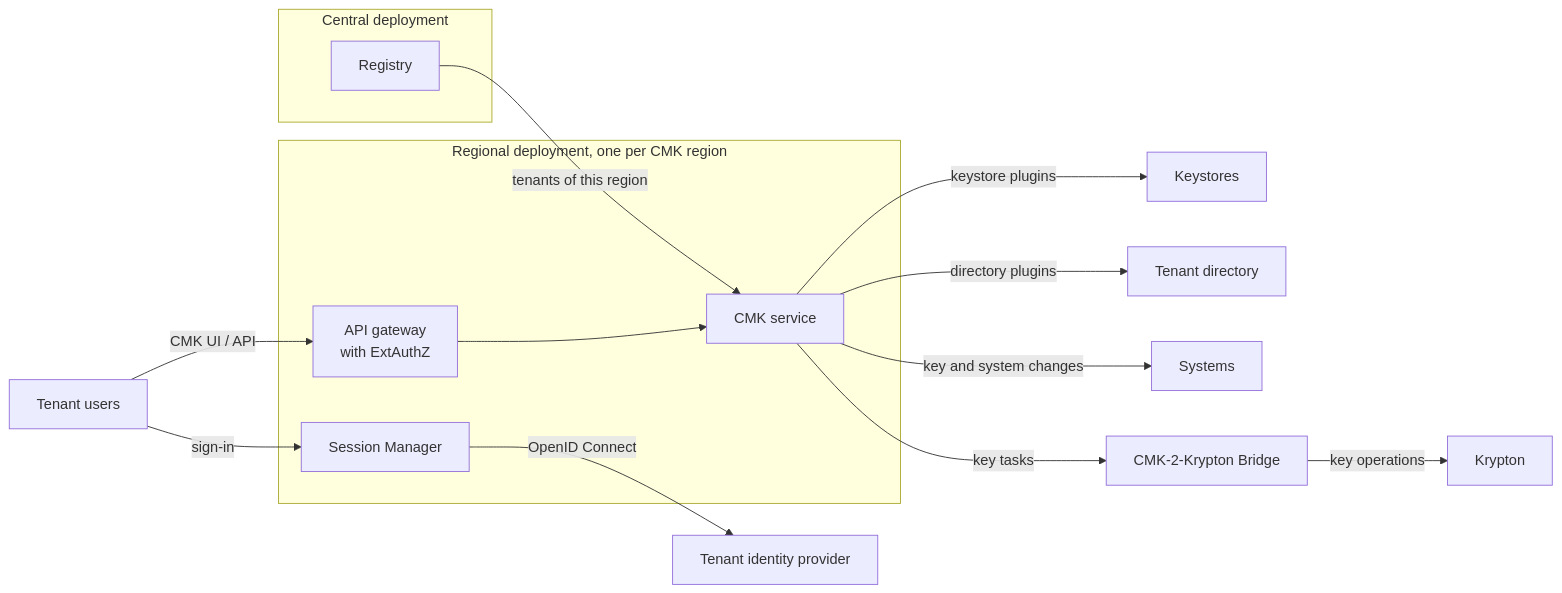
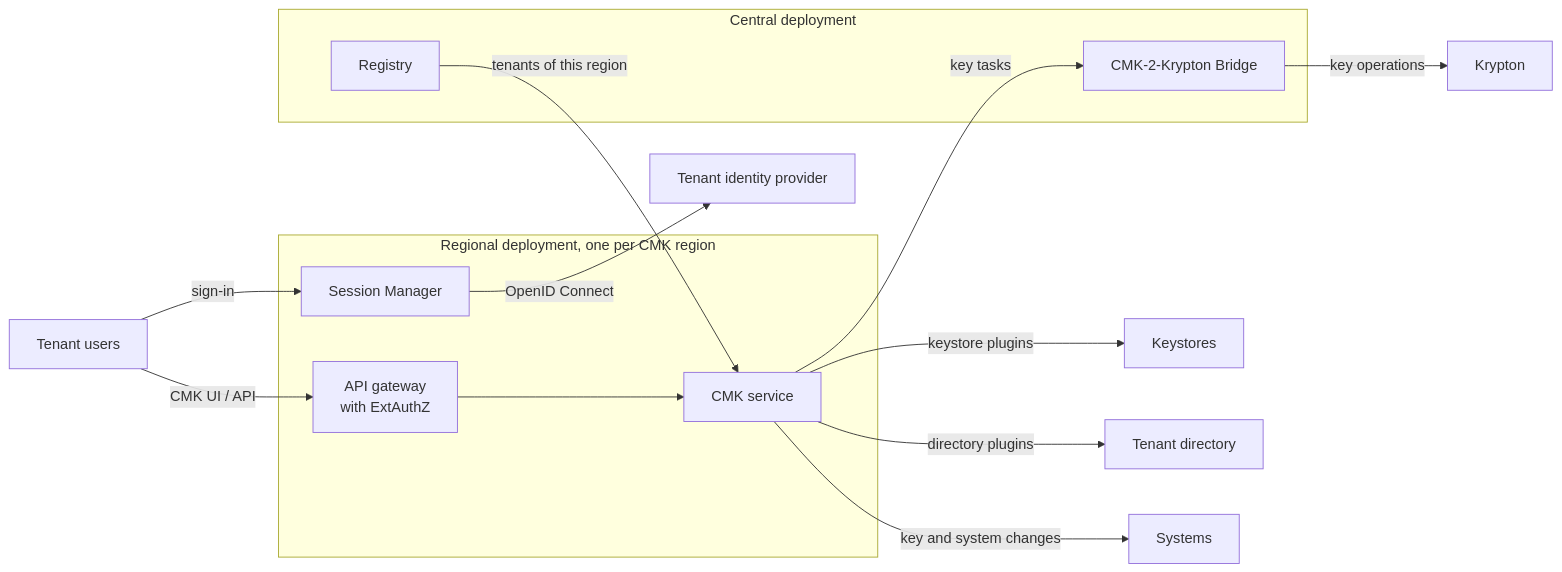
The diagram in docs/overview/cmk.md (openkcm/openkcm.github.io), drawn with Mermaid before and after one commit. The commit also changed other lines of this file and 15 other files, not shown here.

````diff
--- a/docs/overview/cmk.md
+++ b/docs/overview/cmk.md
@@ -67,21 +68,22 @@
 ```mermaid
 flowchart LR
     subgraph Central["Central deployment"]
         R["Registry"]
+        BR["CMK-2-Krypton Bridge"]
     end
     subgraph Regional["Regional deployment, one per CMK region"]
         GW["API gateway<br/>with ExtAuthZ"]
         C["CMK service"]
         SM["Session Manager"]
         GW --> C
     end
     U["Tenant users"] -- "CMK UI / API" --> GW
     U -- "sign-in" --> SM
     SM -- "OpenID Connect" --> IdP["Tenant identity provider"]
     C -- "keystore plugins" --> KS["Keystores"]
     C -- "directory plugins" --> Dir["Tenant directory"]
     R -- "tenants of this region" --> C
     C -- "key and system changes" --> S["Systems"]
-    C -- "key tasks" --> BR["CMK-2-Krypton Bridge"]
+    C -- "key tasks" --> BR
     BR -- "key operations" --> KR["Krypton"]
 ```
````
